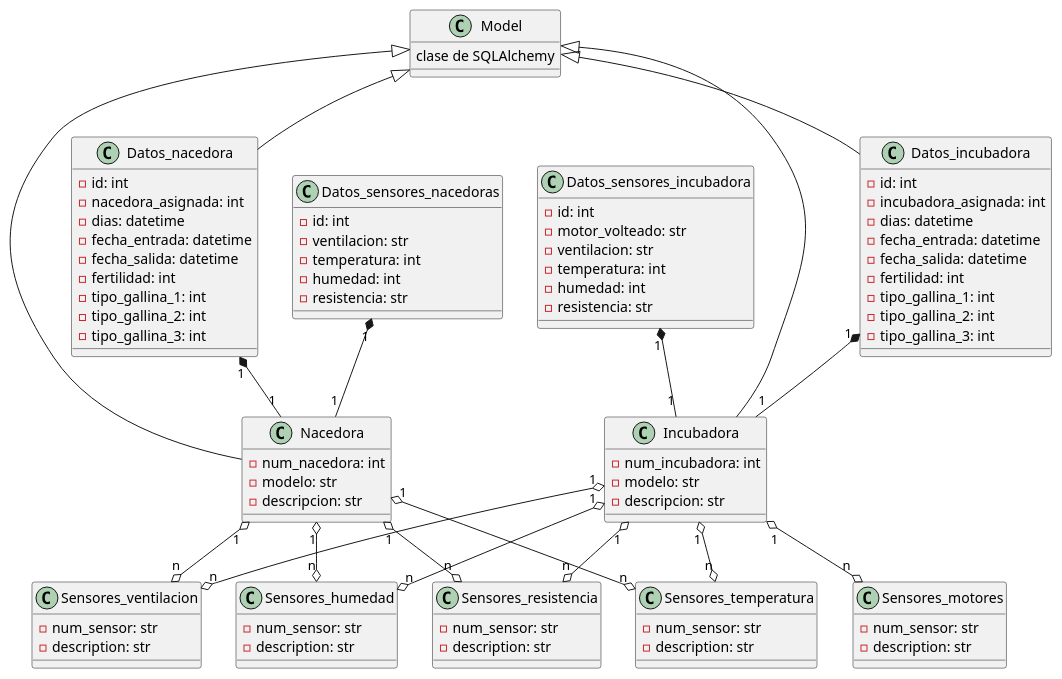
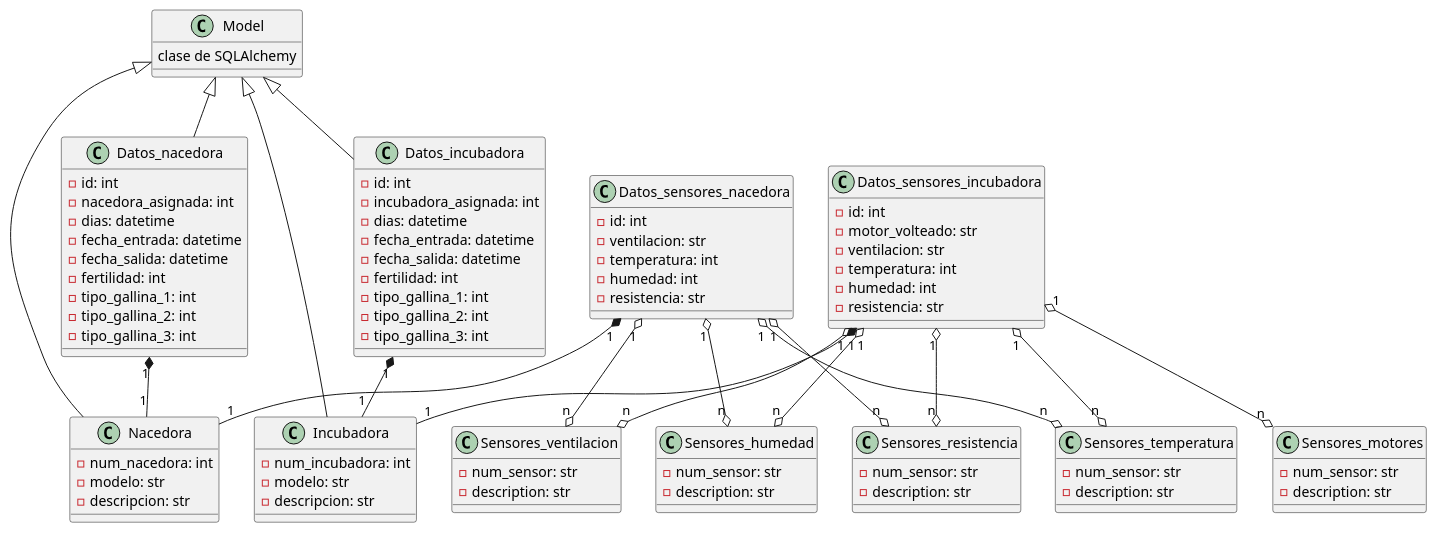
The diagram in docs/diagrama_1.puml (emisorato1/incubadora), drawn with PlantUML before and after one commit. The commit also changed 1 other file, not shown here.

```diff
--- a/docs/diagrama_1.puml
+++ b/docs/diagrama_1.puml
@@ -1,104 +1,104 @@
 @startuml Diagram de Clases
 class Model {
  clase de SQLAlchemy
 }
 
 class Incubadora {
     - num_incubadora: int
     - modelo: str 
     - descripcion: str
 }
 
 class Nacedora {
     - num_nacedora: int
     - modelo: str 
     - descripcion: str
 }
 
 class Datos_incubadora {
     - id: int 
     - incubadora_asignada: int
     - dias: datetime 
     - fecha_entrada: datetime 
     - fecha_salida: datetime 
     - fertilidad: int 
     - tipo_gallina_1: int 
     - tipo_gallina_2: int 
     - tipo_gallina_3: int 
 }
 
 class Datos_nacedora {
     - id: int 
     - nacedora_asignada: int
     - dias: datetime 
     - fecha_entrada: datetime 
     - fecha_salida: datetime 
     - fertilidad: int 
     - tipo_gallina_1: int 
     - tipo_gallina_2: int 
     - tipo_gallina_3: int 
 }
 
 class Datos_sensores_incubadora{
     - id: int 
     - motor_volteado: str 
     - ventilacion: str 
     - temperatura: int 
     - humedad: int 
     - resistencia: str 
 }
 
-class Datos_sensores_nacedoras{
+class Datos_sensores_nacedora{
     - id: int 
     - ventilacion: str 
     - temperatura: int 
     - humedad: int 
     - resistencia: str 
 }
 
 class Sensores_humedad {
     - num_sensor: str
     - description: str
 }
 
 class Sensores_motores {
     - num_sensor: str
     - description: str
 }
 
 class Sensores_resistencia {
     - num_sensor: str
     - description: str
 }
 
 class Sensores_temperatura {
     - num_sensor: str
     - description: str
 }
 
 class Sensores_ventilacion {
     - num_sensor: str
     - description: str
 }
 
 Model <|-- Incubadora
 Datos_incubadora "1" *-- "1" Incubadora
 Model <|-- Datos_incubadora
 Datos_sensores_incubadora "1" *-- "1" Incubadora
-Incubadora "1" o--o "n" Sensores_humedad
-Incubadora "1" o--o "n" Sensores_motores
-Incubadora "1" o--o "n" Sensores_resistencia
-Incubadora "1" o--o "n" Sensores_temperatura
-Incubadora "1" o--o "n" Sensores_ventilacion
+Datos_sensores_incubadora "1" o--o "n" Sensores_humedad
+Datos_sensores_incubadora "1" o--o "n" Sensores_motores
+Datos_sensores_incubadora "1" o--o "n" Sensores_resistencia
+Datos_sensores_incubadora "1" o--o "n" Sensores_temperatura
+Datos_sensores_incubadora "1" o--o "n" Sensores_ventilacion
 
 
 Model <|-- Nacedora
 Datos_nacedora "1" *-- "1" Nacedora
 Model <|-- Datos_nacedora
-Datos_sensores_nacedoras "1" *-- "1" Nacedora
-Nacedora "1" o--o "n" Sensores_humedad
-Nacedora "1" o--o "n" Sensores_resistencia
-Nacedora "1" o--o "n" Sensores_temperatura
-Nacedora "1" o--o "n" Sensores_ventilacion
+Datos_sensores_nacedora "1" *-- "1" Nacedora
+Datos_sensores_nacedora "1" o--o "n" Sensores_humedad
+Datos_sensores_nacedora "1" o--o "n" Sensores_resistencia
+Datos_sensores_nacedora "1" o--o "n" Sensores_temperatura
+Datos_sensores_nacedora "1" o--o "n" Sensores_ventilacion
 
 @enduml
```
